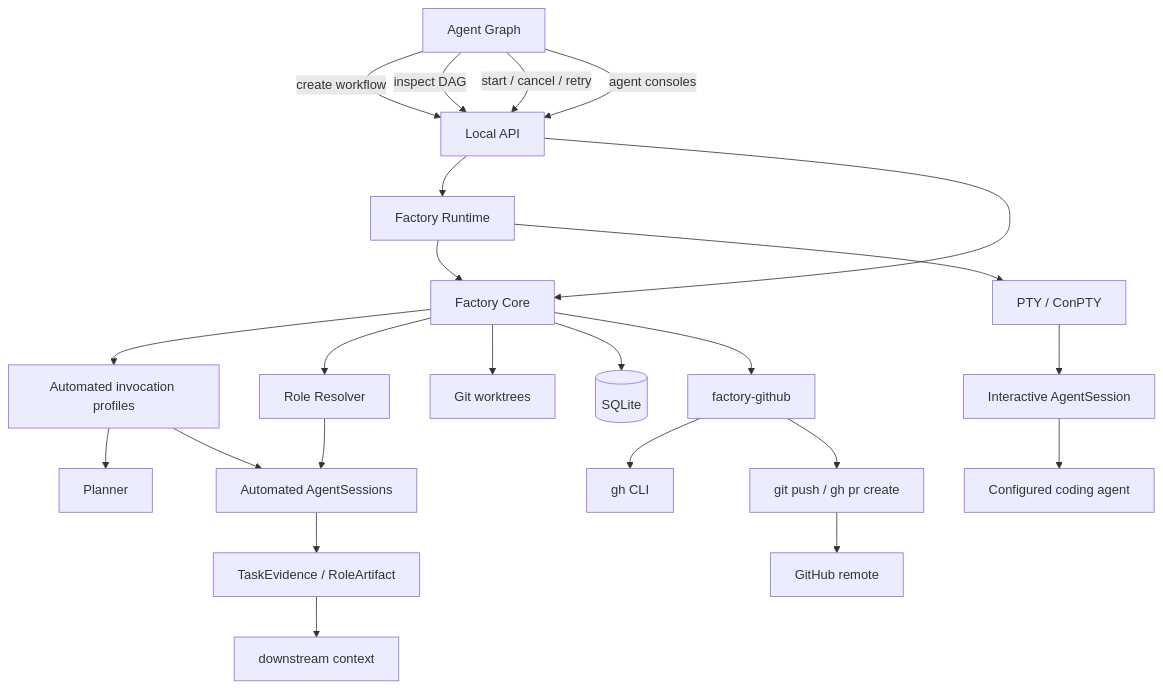
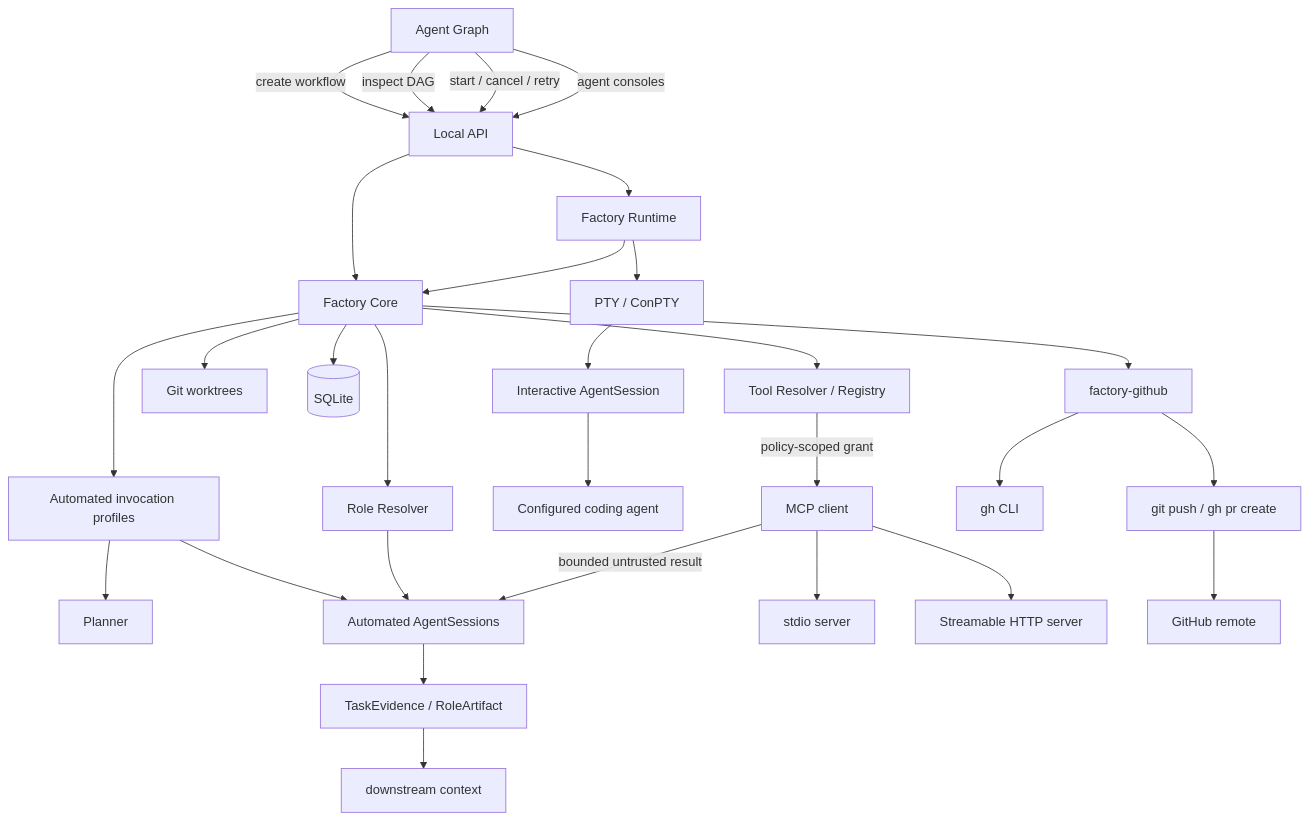
One commit to OmegaMc1331/agentic-software-factory changed the diagram in docs/architecture.md. Above: the diagram before and after it, drawn with Mermaid. The commit also changed other lines of this file and 58 other files, not shown here.

First line of the commit message:
feat: add policy-mediated MCP external tools

````diff
--- a/docs/architecture.md
+++ b/docs/architecture.md
@@ -7,27 +7,32 @@
 ```mermaid
 flowchart TB
     GRAPH[Agent Graph]
     GRAPH -->|create workflow| API[Local API]
     GRAPH -->|inspect DAG| API
     GRAPH -->|start / cancel / retry| API
     GRAPH -->|agent consoles| API
     API --> RUNTIME[Factory Runtime]
     API --> CORE[Factory Core]
     RUNTIME --> CORE
     CORE --> AUTO[Automated invocation profiles]
     AUTO --> P[Planner]
     AUTO --> S[Automated AgentSessions]
     CORE --> RESOLVER[Role Resolver]
     RESOLVER --> S
     S --> ROW[TaskEvidence / RoleArtifact]
     ROW --> CTX[downstream context]
     RUNTIME --> PTY[PTY / ConPTY]
     PTY --> IS[Interactive AgentSession]
     IS --> CA[Configured coding agent]
     CORE --> WT[Git worktrees]
     CORE --> DB[(SQLite)]
+    CORE --> TR[Tool Resolver / Registry]
+    TR -->|policy-scoped grant| MCP[MCP client]
+    MCP --> STDIO[stdio server]
+    MCP --> HTTP[Streamable HTTP server]
+    MCP -->|bounded untrusted result| S
     CORE --> GH[factory-github]
     GH --> GHC[gh CLI]
     GH --> PUSH[git push / gh pr create]
     PUSH --> REM[GitHub remote]
 ```
````
